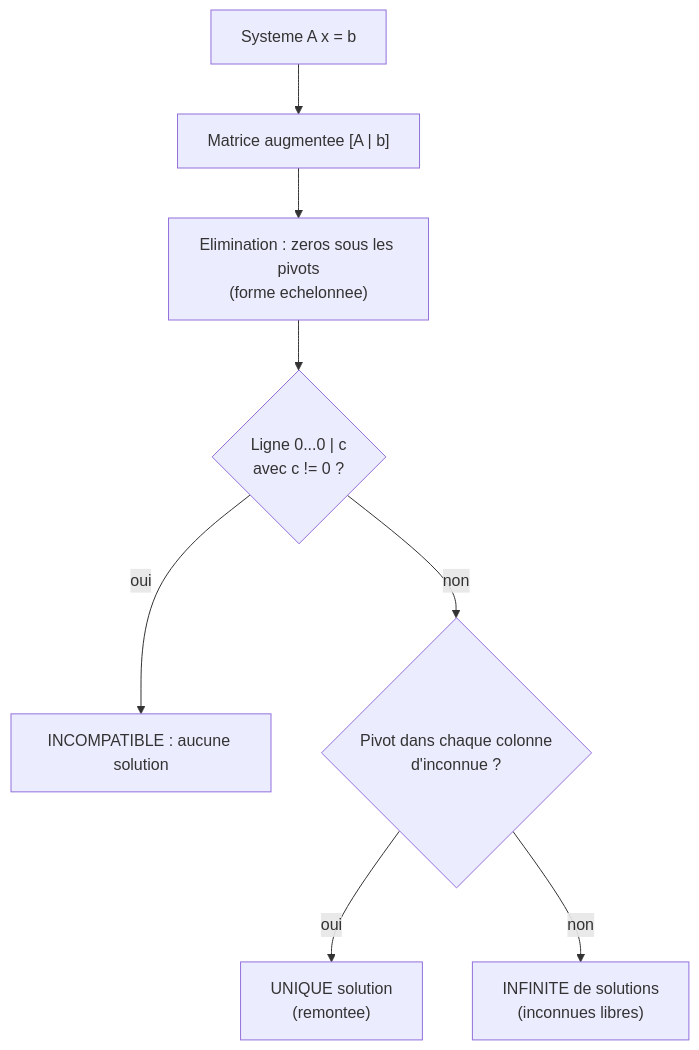
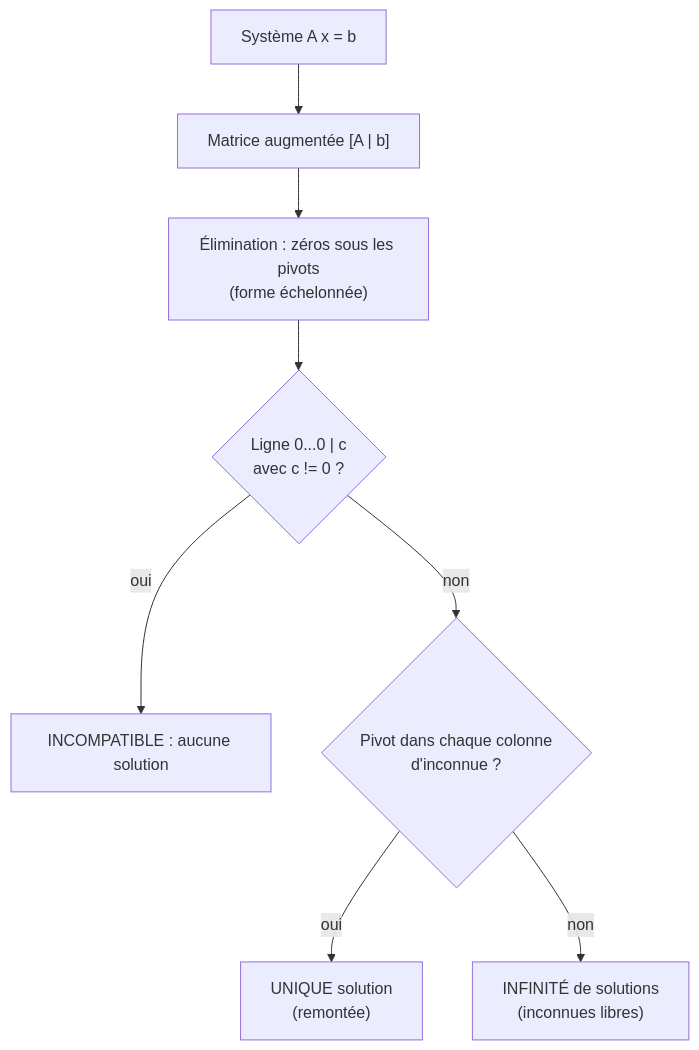
One commit to tanguychenier/Mathematiques-pour-le-Machine-Learning changed the second of 3 diagrams in chapitres/02-algebre-lineaire.md. Above: the diagram before and after it, drawn with Mermaid. The commit also changed other lines of this file and 7 other files, not shown here.

````diff
--- a/chapitres/02-algebre-lineaire.md
+++ b/chapitres/02-algebre-lineaire.md
@@ -333,10 +333,10 @@
 ```mermaid
 flowchart TD
-    S["Systeme A x = b"] --> M["Matrice augmentee [A | b]"]
-    M --> E["Elimination : zeros sous les pivots<br/>(forme echelonnee)"]
+    S["Système A x = b"] --> M["Matrice augmentée [A | b]"]
+    M --> E["Élimination : zéros sous les pivots<br/>(forme échelonnée)"]
     E --> C{"Ligne 0...0 | c<br/>avec c != 0 ?"}
     C -- oui --> I["INCOMPATIBLE : aucune solution"]
     C -- non --> R{"Pivot dans chaque colonne<br/>d'inconnue ?"}
-    R -- oui --> U["UNIQUE solution<br/>(remontee)"]
-    R -- non --> P["INFINITE de solutions<br/>(inconnues libres)"]
+    R -- oui --> U["UNIQUE solution<br/>(remontée)"]
+    R -- non --> P["INFINITÉ de solutions<br/>(inconnues libres)"]
 ```
````
